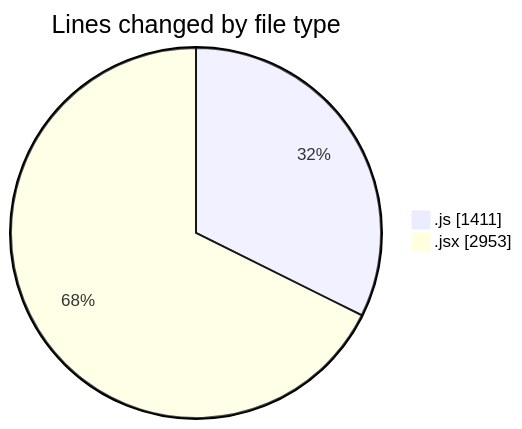
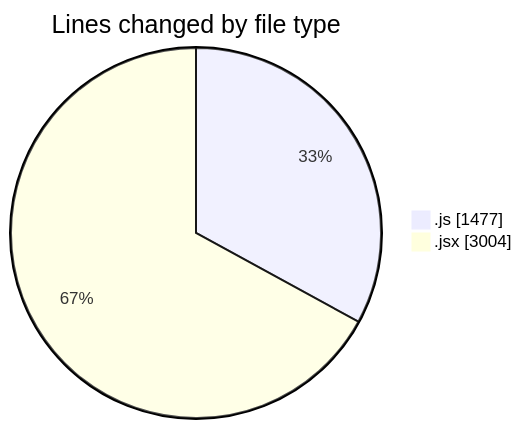
The first of 2 diagrams in 2025-09-19/nxtqube_webapp/README.md (nxtqubesakshisongat/code-tracking), drawn with Mermaid before and after one commit. The commit also changed other lines of this file and 1 other file, not shown here.

````diff
--- a/2025-09-19/nxtqube_webapp/README.md
+++ b/2025-09-19/nxtqube_webapp/README.md
@@ -24,6 +25,6 @@
 ```mermaid
 pie showData
 title Lines changed by file type
-".js" : 1411
-".jsx" : 2953
+".js" : 1477
+".jsx" : 3004
 ```
````
